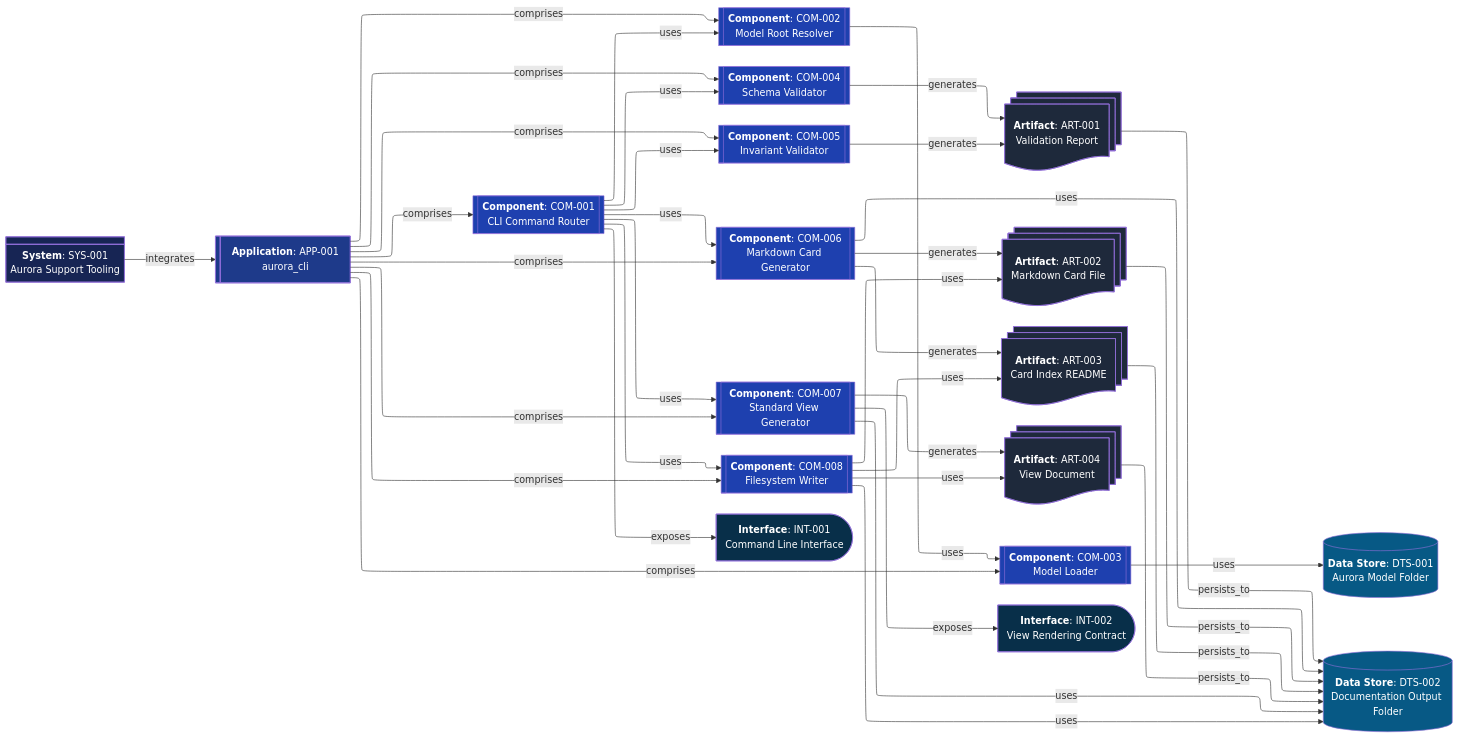
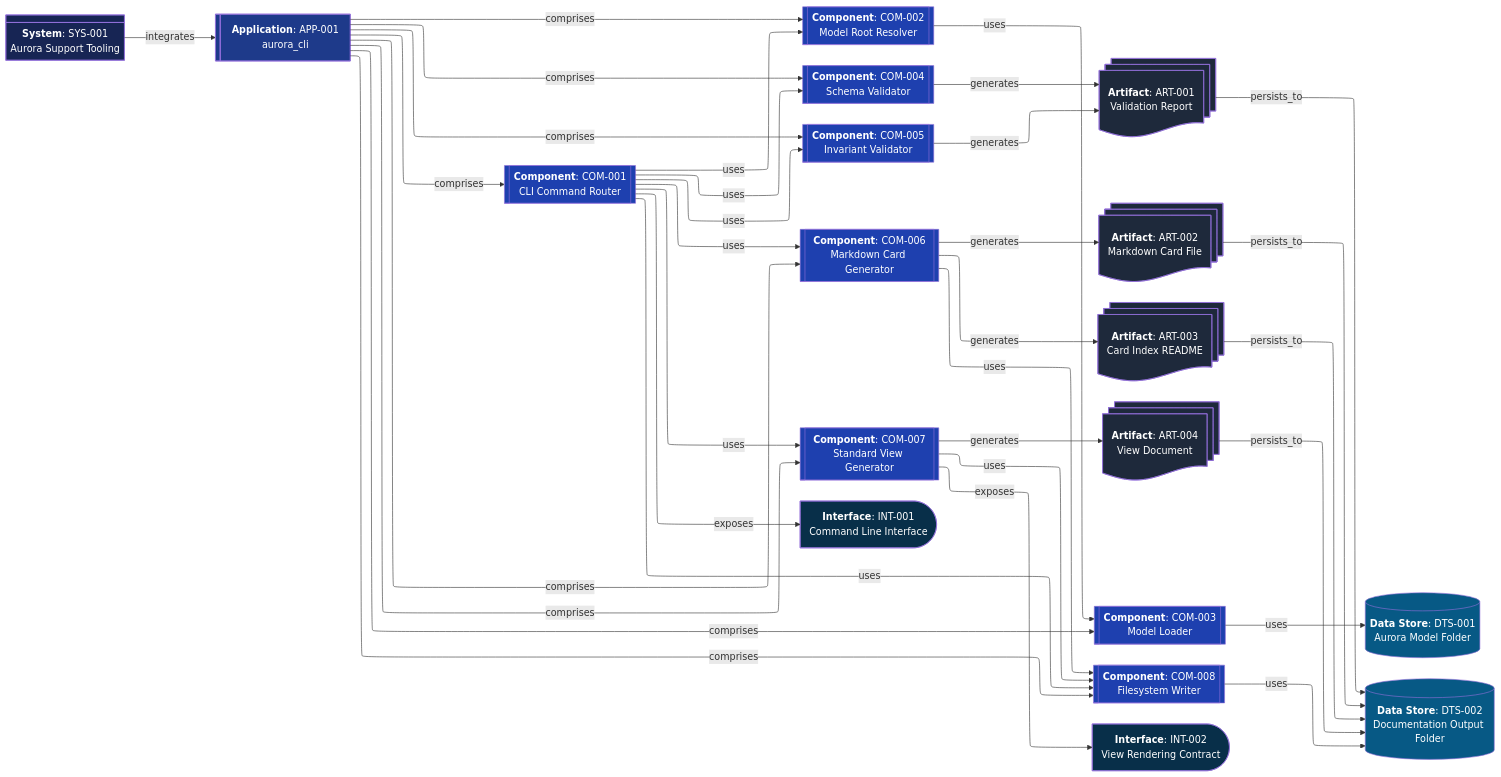
One commit to JEleniel/aurora changed the diagram in docs/design/MIS-001/Component.view.md. Above: the diagram before and after it, drawn with Mermaid. The commit also changed other lines of this file and 141 other files, not shown here.

```diff
--- a/docs/design/MIS-001/Component.view.md
+++ b/docs/design/MIS-001/Component.view.md
@@ -50,14 +50,11 @@
 	COM-005 -- generates --> ART-001;
 	COM-006 -- generates --> ART-002;
 	COM-006 -- generates --> ART-003;
-	COM-006 -- uses --> DTS-002;
+	COM-006 -- uses --> COM-008;
 	COM-007 -- exposes --> INT-002;
 	COM-007 -- generates --> ART-004;
-	COM-007 -- uses --> DTS-002;
+	COM-007 -- uses --> COM-008;
 	COM-008 -- uses --> DTS-002;
-	COM-008 -- uses --> ART-002;
-	COM-008 -- uses --> ART-003;
-	COM-008 -- uses --> ART-004;
 	SYS-001 -- integrates --> APP-001;
 
 
```
